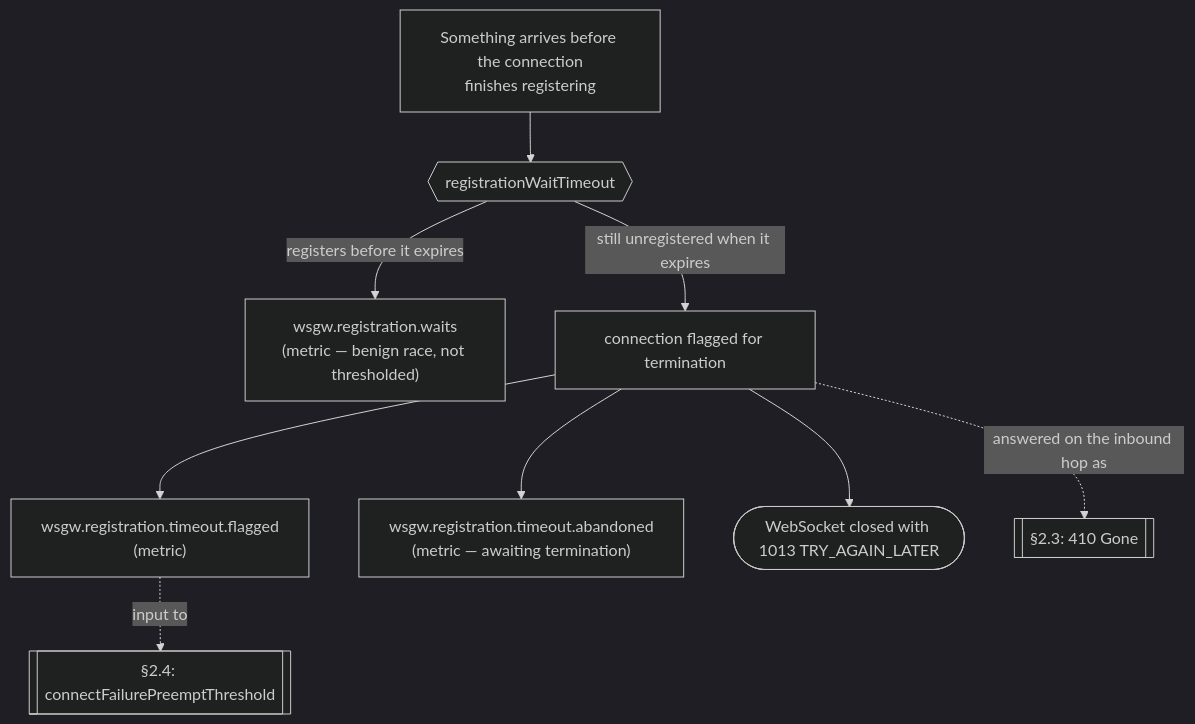
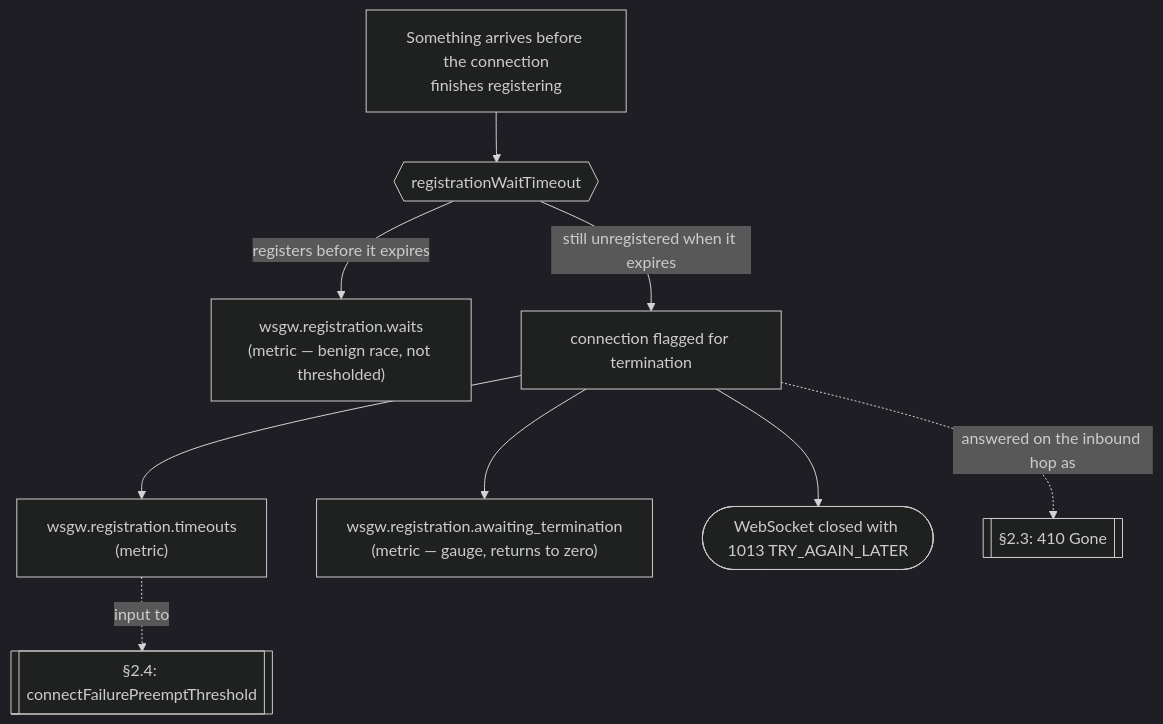
The first of 4 diagrams in docs/backpressure.md (pdkovacs/wsgw-jakarta), drawn with Mermaid (dark theme) before and after one commit. The commit also changed other lines of this file and 4 other files, not shown here.

````diff
--- a/docs/backpressure.md
+++ b/docs/backpressure.md
@@ -237,12 +237,12 @@
 ```mermaid
 flowchart TD
     R0["Something arrives before the connection\nfinishes registering"]
     R0 --> KnobReg{{"registrationWaitTimeout"}}
     KnobReg -->|"registers before it expires"| RaceOK["wsgw.registration.waits\n(metric — benign race, not thresholded)"]
     KnobReg -->|"still unregistered when it expires"| FlagForTermination["connection flagged for termination"]
-    FlagForTermination --> MetricTerm["wsgw.registration.timeout.flagged\n(metric)"]
-    FlagForTermination --> MetricAband["wsgw.registration.timeout.abandoned\n(metric — awaiting termination)"]
+    FlagForTermination --> MetricTerm["wsgw.registration.timeouts\n(metric)"]
+    FlagForTermination --> MetricAband["wsgw.registration.awaiting_termination\n(metric — gauge, returns to zero)"]
     FlagForTermination --> Close(["WebSocket closed with 1013 TRY_AGAIN_LATER"])
     MetricTerm -.->|"input to"| Ext1[["§2.4: connectFailurePreemptThreshold"]]
     FlagForTermination -.->|"answered on the inbound hop as"| Ext2[["§2.3: 410 Gone"]]
 ```
````
